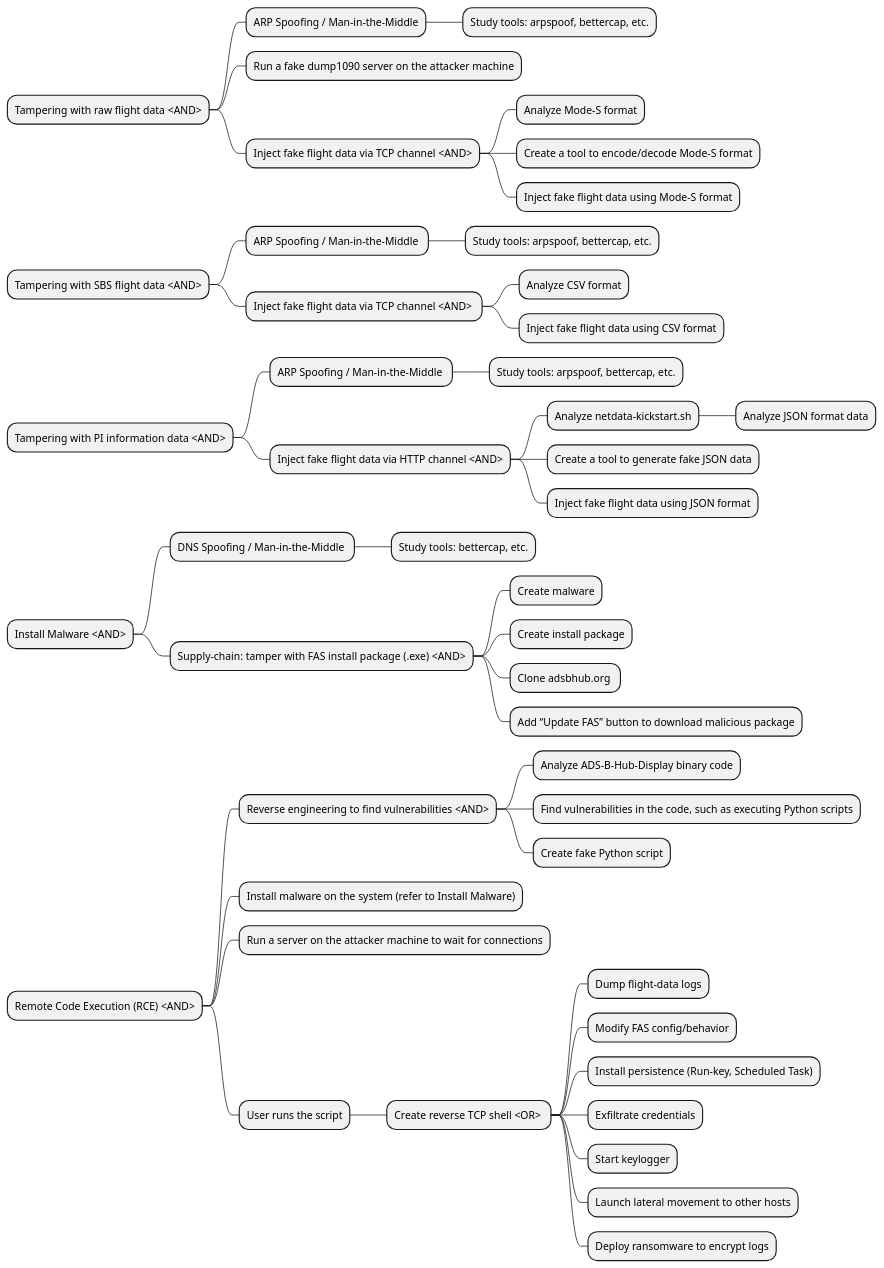
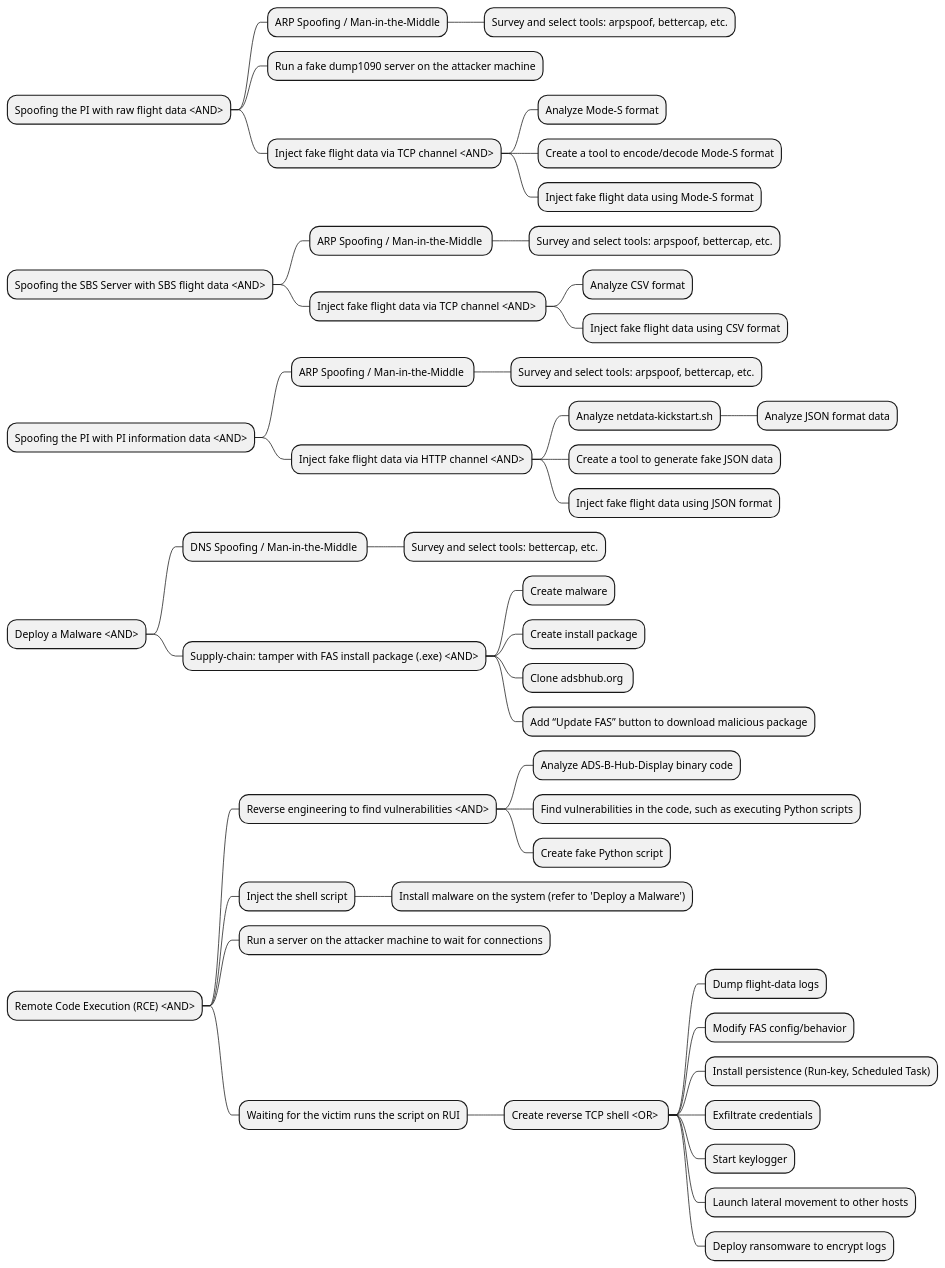
One commit to phuongtuan1803/security_course changed the diagram in attacked_tree.puml. Above: the diagram before and after it, drawn with PlantUML.

```diff
--- a/attacked_tree.puml
+++ b/attacked_tree.puml
@@ -1,53 +1,54 @@
 @startmindmap
 
-* Tampering with raw flight data <AND>
+* Spoofing the PI with raw flight data <AND>
 ** ARP Spoofing / Man-in-the-Middle
-*** Study tools: arpspoof, bettercap, etc.
+*** Survey and select tools: arpspoof, bettercap, etc.
 ** Run a fake dump1090 server on the attacker machine
 ** Inject fake flight data via TCP channel <AND>
 *** Analyze Mode-S format
 *** Create a tool to encode/decode Mode-S format
 *** Inject fake flight data using Mode-S format
  
-* Tampering with SBS flight data <AND>
+* Spoofing the SBS Server with SBS flight data <AND>
 ** ARP Spoofing / Man-in-the-Middle 
-*** Study tools: arpspoof, bettercap, etc.
+*** Survey and select tools: arpspoof, bettercap, etc.
 ** Inject fake flight data via TCP channel <AND> 
 *** Analyze CSV format
 *** Inject fake flight data using CSV format
 
-* Tampering with PI information data <AND>
+* Spoofing the PI with PI information data <AND>
 ** ARP Spoofing / Man-in-the-Middle 
-*** Study tools: arpspoof, bettercap, etc.
+*** Survey and select tools: arpspoof, bettercap, etc.
 ** Inject fake flight data via HTTP channel <AND>
 *** Analyze netdata-kickstart.sh
 **** Analyze JSON format data
 *** Create a tool to generate fake JSON data
 *** Inject fake flight data using JSON format
 
-* Install Malware <AND>
+* Deploy a Malware <AND>
 ** DNS Spoofing / Man-in-the-Middle 
-*** Study tools: bettercap, etc.
+*** Survey and select tools: bettercap, etc.
 ** Supply-chain: tamper with FAS install package (.exe) <AND>
 *** Create malware
 *** Create install package
 *** Clone adsbhub.org 
 *** Add “Update FAS” button to download malicious package
 
 * Remote Code Execution (RCE) <AND>
 ** Reverse engineering to find vulnerabilities <AND>
 *** Analyze ADS-B-Hub-Display binary code
 *** Find vulnerabilities in the code, such as executing Python scripts
 *** Create fake Python script
-** Install malware on the system (refer to Install Malware)
+** Inject the shell script
+*** Install malware on the system (refer to 'Deploy a Malware')
 ** Run a server on the attacker machine to wait for connections
-** User runs the script
+** Waiting for the victim runs the script on RUI
 ***  Create reverse TCP shell <OR> 
 **** Dump flight-data logs
 **** Modify FAS config/behavior
 **** Install persistence (Run-key, Scheduled Task)
 **** Exfiltrate credentials
 **** Start keylogger
 **** Launch lateral movement to other hosts
 **** Deploy ransomware to encrypt logs
 @endmindmap
```
